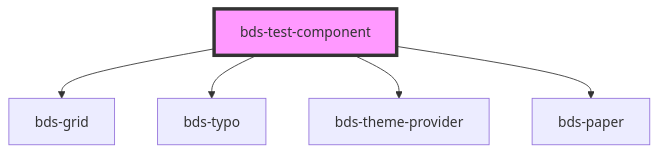
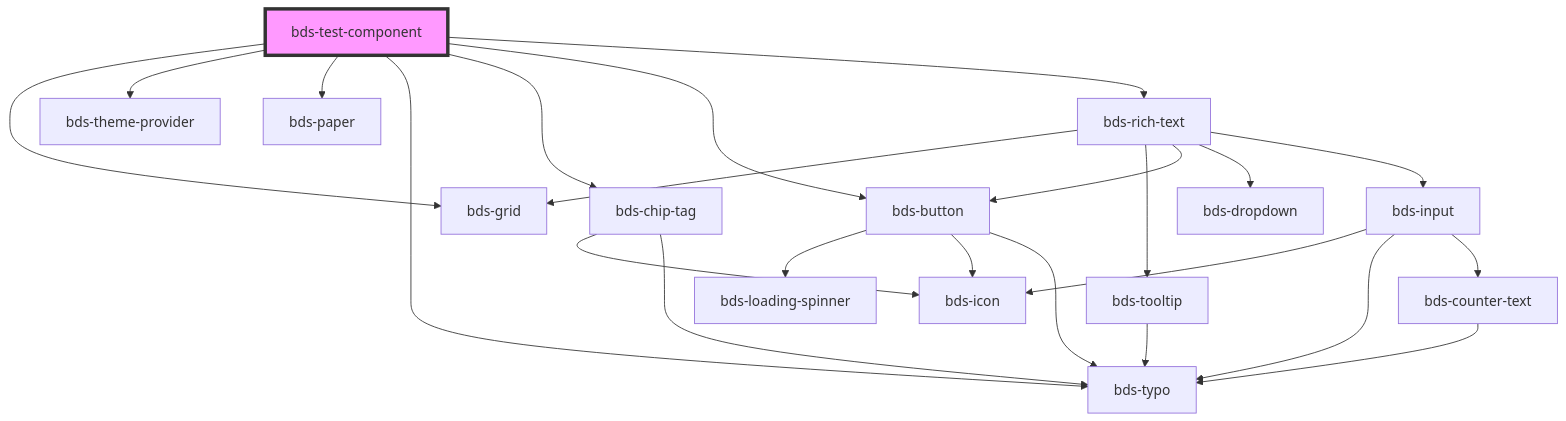
The diagram in src/components/test-component/readme.md (takenet/blip-ds), drawn with Mermaid before and after one commit. The commit also changed other lines of this file and 20 other files, not shown here.

Commit message:
feat(rich-text): new component Rich Text

````diff
--- a/src/components/test-component/readme.md
+++ b/src/components/test-component/readme.md
@@ -18,8 +21,26 @@
 ```mermaid
 graph TD;
   bds-test-component --> bds-grid
-  bds-test-component --> bds-typo
   bds-test-component --> bds-theme-provider
   bds-test-component --> bds-paper
+  bds-test-component --> bds-typo
+  bds-test-component --> bds-chip-tag
+  bds-test-component --> bds-button
+  bds-test-component --> bds-rich-text
+  bds-chip-tag --> bds-icon
+  bds-chip-tag --> bds-typo
+  bds-button --> bds-loading-spinner
+  bds-button --> bds-icon
+  bds-button --> bds-typo
+  bds-rich-text --> bds-grid
+  bds-rich-text --> bds-tooltip
+  bds-rich-text --> bds-button
+  bds-rich-text --> bds-dropdown
+  bds-rich-text --> bds-input
+  bds-tooltip --> bds-typo
+  bds-input --> bds-icon
+  bds-input --> bds-typo
+  bds-input --> bds-counter-text
+  bds-counter-text --> bds-typo
   style bds-test-component fill:#f9f,stroke:#333,stroke-width:4px
 ```
````
